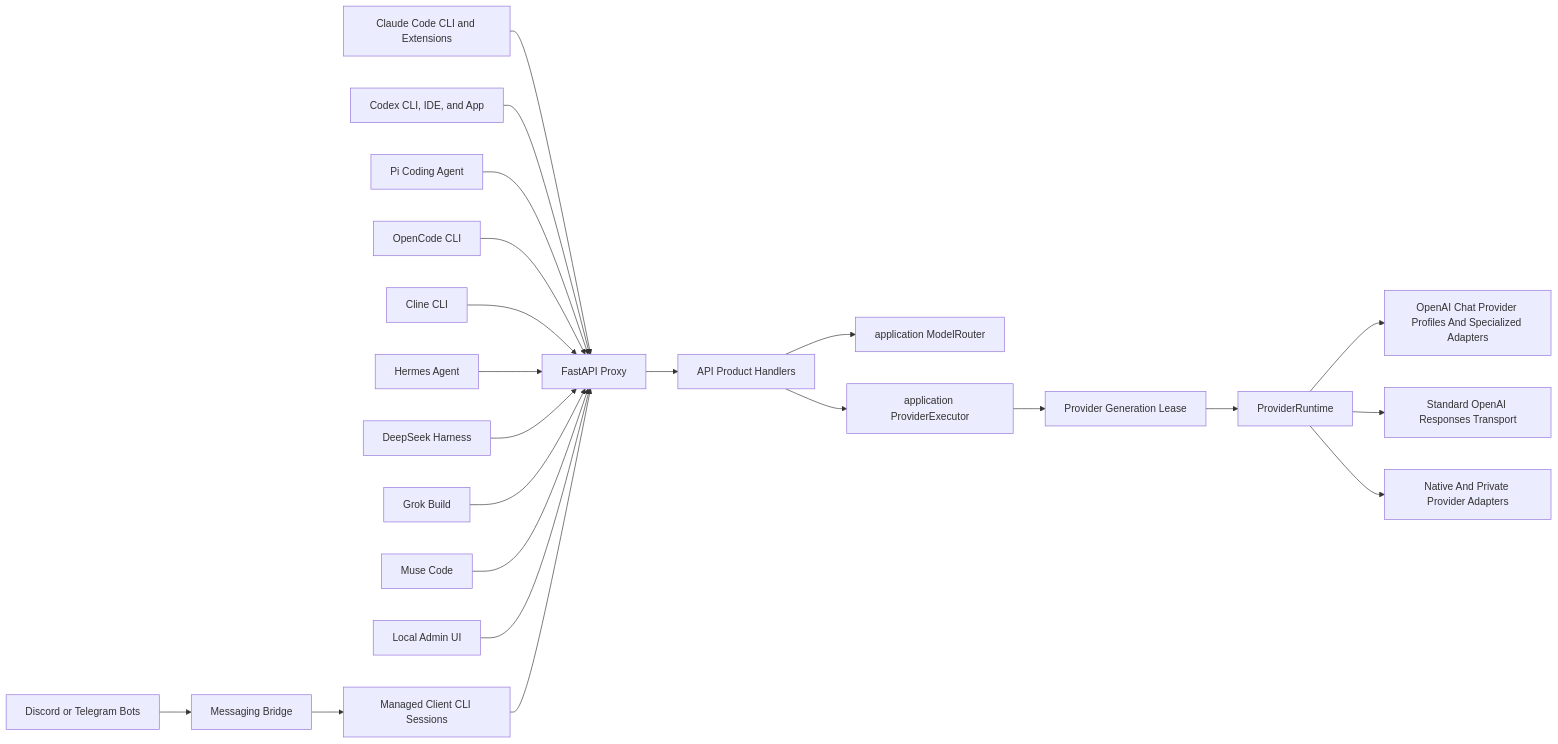
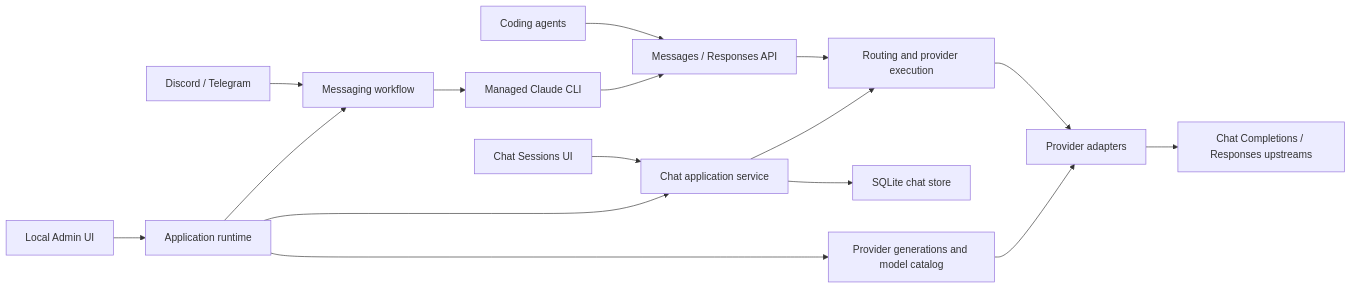
Before and after one commit to MysticCoss/free-claude-code: the diagram in ARCHITECTURE.md, drawn with Mermaid. The commit also changed other lines of this file, not shown here.

First line of the commit message:
docs: refresh FCC architecture and repository guidance (#1667)

````diff
--- a/ARCHITECTURE.md
+++ b/ARCHITECTURE.md
@@ -29,24 +31,18 @@
 ```mermaid
 flowchart LR
-    ClaudeCode[Claude Code CLI and Extensions] --> ProxyAPI[FastAPI Proxy]
-    Codex[Codex CLI, IDE, and App] --> ProxyAPI
-    Pi[Pi Coding Agent] --> ProxyAPI
-    OpenCode[OpenCode CLI] --> ProxyAPI
-    Cline[Cline CLI] --> ProxyAPI
-    Hermes[Hermes Agent] --> ProxyAPI
-    DSH[DeepSeek Harness] --> ProxyAPI
-    Grok[Grok Build] --> ProxyAPI
-    Muse[Muse Code] --> ProxyAPI
-    AdminUI[Local Admin UI] --> ProxyAPI
-    Bots[Discord or Telegram Bots] --> Messaging[Messaging Bridge]
-    Messaging --> ClientCLI[Managed Client CLI Sessions]
-    ClientCLI --> ProxyAPI
-    ProxyAPI --> Handlers[API Product Handlers]
-    Handlers --> Router[application ModelRouter]
-    Handlers --> Executor[application ProviderExecutor]
-    Executor --> Lease[Provider Generation Lease]
-    Lease --> Providers[ProviderRuntime]
-    Providers --> OpenAIChat[OpenAI Chat Provider Profiles And Specialized Adapters]
-    Providers --> OpenAIResponses[Standard OpenAI Responses Transport]
-    Providers --> NativeProviders[Native And Private Provider Adapters]
+    Clients[Coding agents] --> API[Messages / Responses API]
+    Admin[Local Admin UI] --> Runtime[Application runtime]
+    ChatUI[Chat Sessions UI] --> Chat[Chat application service]
+    Bots[Discord / Telegram] --> Messaging[Messaging workflow]
+    Messaging --> Managed[Managed Claude CLI]
+    Managed --> API
+    API --> Execution[Routing and provider execution]
+    Chat --> Execution
+    Chat --> Store[SQLite chat store]
+    Execution --> Providers[Provider adapters]
+    Providers --> Upstream[Chat Completions / Responses upstreams]
+    Runtime --> Chat
+    Runtime --> Messaging
+    Runtime --> Generations[Provider generations and model catalog]
+    Generations --> Providers
 ```
````
